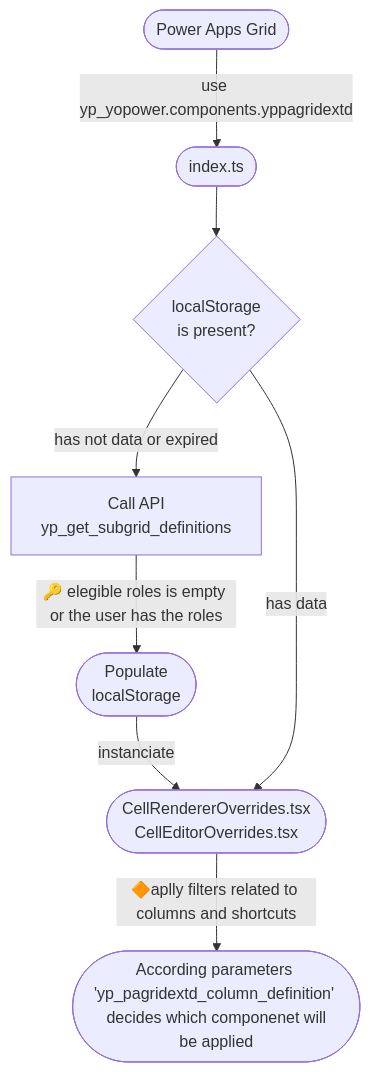
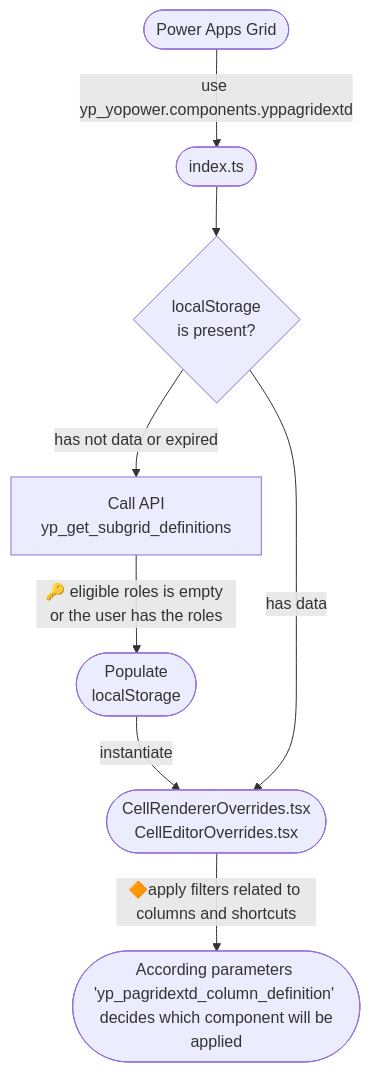
The diagram in yopower_components/yopower_page/README.md (yopowerrepos/freemium), drawn with Mermaid before and after one commit. The commit also changed other lines of this file and 45 other files, not shown here.

````diff
--- a/yopower_components/yopower_page/README.md
+++ b/yopower_components/yopower_page/README.md
@@ -71,10 +76,10 @@
 ```mermaid
 flowchart
   A([Power Apps Grid]) --use yp_yopower.components.yppagridextd--> B([index.ts])
   B --> C{localStorage <br> is present?}
   C -- has not data or expired --> D[Call API <br> yp_get_subgrid_definitions]
-  D -- 🔑 elegible roles is empty or the user has the roles --> E([Populate <br> localStorage])
-  E -- instanciate --> F([CellRendererOverrides.tsx <br> CellEditorOverrides.tsx])
+  D -- 🔑 eligible roles is empty or the user has the roles --> E([Populate <br> localStorage])
+  E -- instantiate --> F([CellRendererOverrides.tsx <br> CellEditorOverrides.tsx])
   C -- has data --> F
-  F -- 🔶aplly filters related to columns and shortcuts --> G([According parameters 'yp_pagridextd_column_definition' <br> decides which componenet will be applied])
+  F -- 🔶apply filters related to columns and shortcuts --> G([According parameters 'yp_pagridextd_column_definition' <br> decides which component will be applied])
 ```
````
